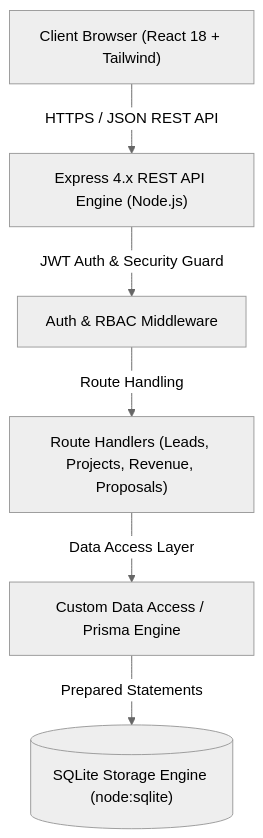
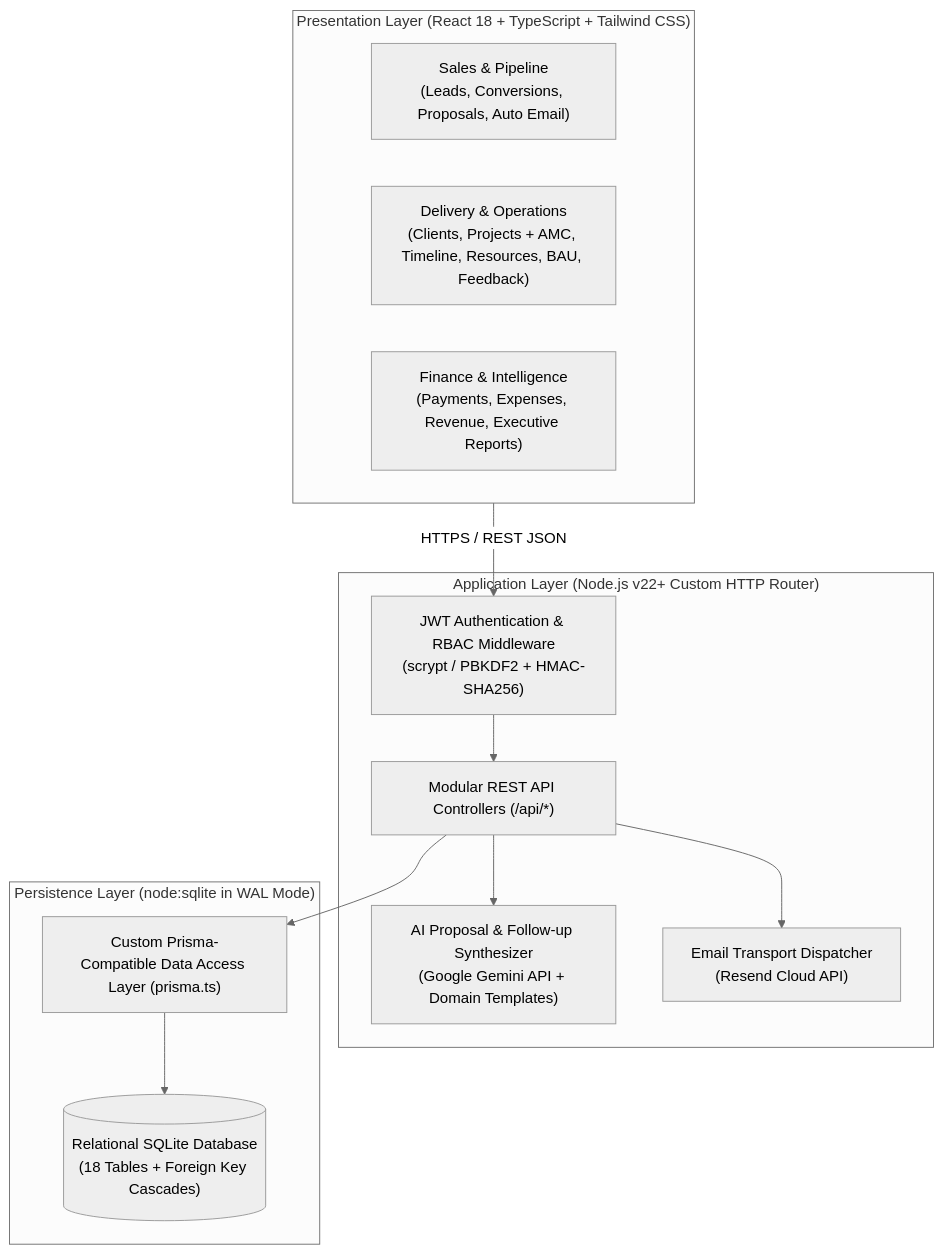
Before and after one commit to Vauxhall798/NexCRM_Updated: the first of 2 diagrams in docs/SRS_NexCRM.md, drawn with Mermaid (neutral theme). The commit also changed other lines of this file and 2 other files, not shown here.

````diff
--- a/docs/SRS_NexCRM.md
+++ b/docs/SRS_NexCRM.md
@@ -48,8 +54,27 @@
 ```mermaid
-graph TD
-    ClientBrowser["Client Browser (React 18 + Tailwind)"] -->|HTTPS / JSON REST API| ExpressBackend["Express 4.x REST API Engine (Node.js)"]
-    ExpressBackend -->|JWT Auth & Security Guard| AuthMiddleware["Auth & RBAC Middleware"]
-    AuthMiddleware -->|Route Handling| RouteControllers["Route Handlers (Leads, Projects, Revenue, Proposals)"]
-    RouteControllers -->|Data Access Layer| ORM["Custom Data Access / Prisma Engine"]
-    ORM -->|Prepared Statements| SQLiteDB[("SQLite Storage Engine (node:sqlite)")]
+flowchart TD
+    subgraph ClientTier["Presentation Layer (React 18 + TypeScript + Tailwind CSS)"]
+        UI_Sales["Sales & Pipeline\n(Leads, Conversions, Proposals, Auto Email)"]
+        UI_Delivery["Delivery & Operations\n(Clients, Projects + AMC, Timeline, Resources, BAU, Feedback)"]
+        UI_Finance["Finance & Intelligence\n(Payments, Expenses, Revenue, Executive Reports)"]
+    end
+
+    subgraph ServerTier["Application Layer (Node.js v22+ Custom HTTP Router)"]
+        AuthMW["JWT Authentication & RBAC Middleware\n(scrypt / PBKDF2 + HMAC-SHA256)"]
+        RouteEngine["Modular REST API Controllers (/api/*)"]
+        AIEngine["AI Proposal & Follow-up Synthesizer\n(Google Gemini API + Domain Templates)"]
+        MailEngine["Email Transport Dispatcher\n(Resend Cloud API)"]
+    end
+
+    subgraph DataTier["Persistence Layer (node:sqlite in WAL Mode)"]
+        ORM["Custom Prisma-Compatible Data Access Layer (prisma.ts)"]
+        SQLiteDB[("Relational SQLite Database\n(18 Tables + Foreign Key Cascades)")]
+    end
+
+    ClientTier -->|HTTPS / REST JSON| AuthMW
+    AuthMW --> RouteEngine
+    RouteEngine --> AIEngine
+    RouteEngine --> MailEngine
+    RouteEngine --> ORM
+    ORM --> SQLiteDB
 ```
````
